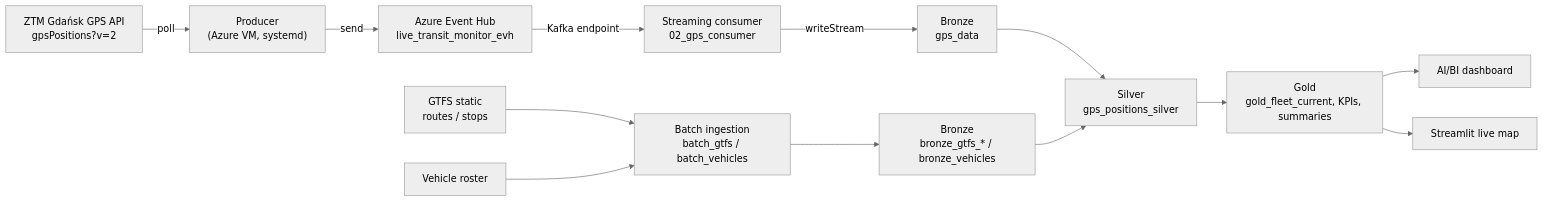
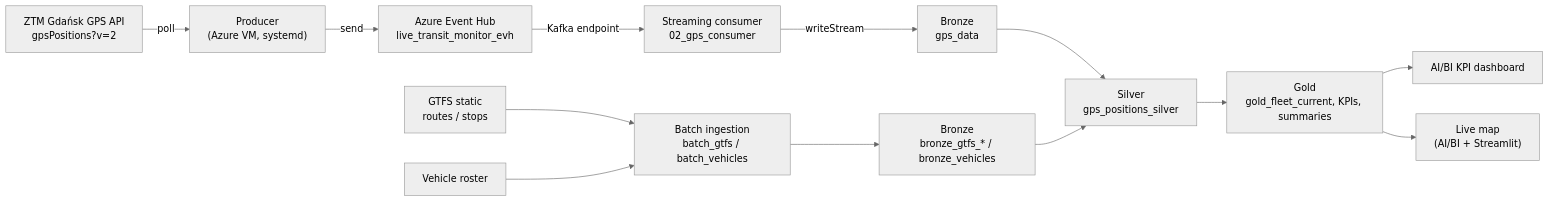
The diagram in README.md (patik1242/live-transit-monitor), drawn with Mermaid (neutral theme) before and after one commit. The commit also changed other lines of this file, not shown here.

````diff
--- a/README.md
+++ b/README.md
@@ -25,19 +25,19 @@
 ```mermaid
 flowchart LR
     API["ZTM Gdańsk GPS API<br/>gpsPositions?v=2"] -->|poll| VM["Producer<br/>(Azure VM, systemd)"]
     VM -->|send| EH["Azure Event Hub<br/>live_transit_monitor_evh"]
     EH -->|Kafka endpoint| C["Streaming consumer<br/>02_gps_consumer"]
 
     GTFS["GTFS static<br/>routes / stops"] --> B1["Batch ingestion<br/>batch_gtfs / batch_vehicles"]
     ROSTER["Vehicle roster"] --> B1
 
     C -->|writeStream| BR["Bronze<br/>gps_data"]
     B1 --> BR2["Bronze<br/>bronze_gtfs_* / bronze_vehicles"]
 
     BR --> S["Silver<br/>gps_positions_silver"]
     BR2 --> S
     S --> G["Gold<br/>gold_fleet_current, KPIs, summaries"]
 
-    G --> DASH["AI/BI dashboard"]
-    G --> MAP["Streamlit live map"]
+    G --> DASH["AI/BI KPI dashboard"]
+    G --> MAP["Live map<br/>(AI/BI + Streamlit)"]
 ```
````
